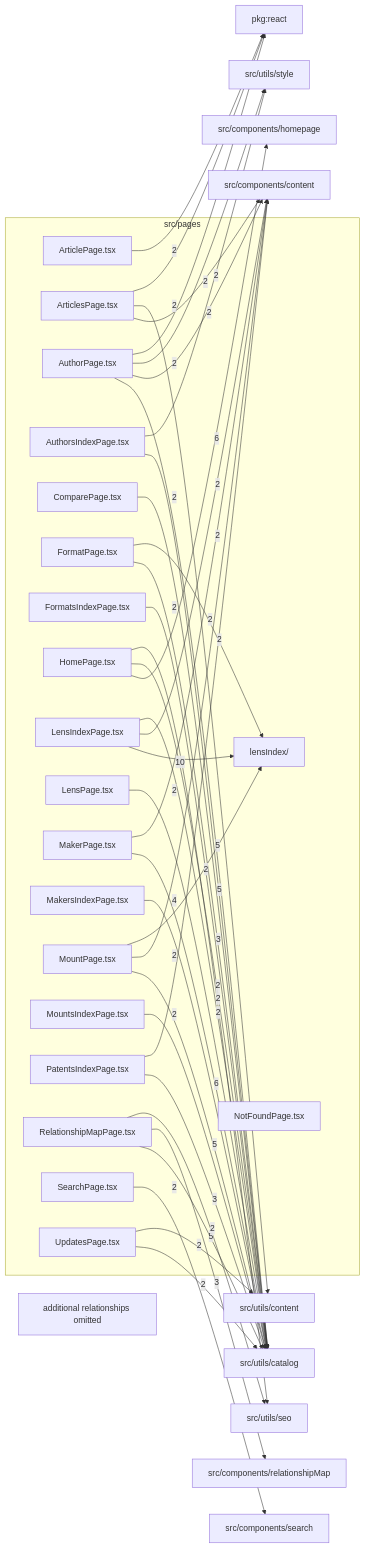
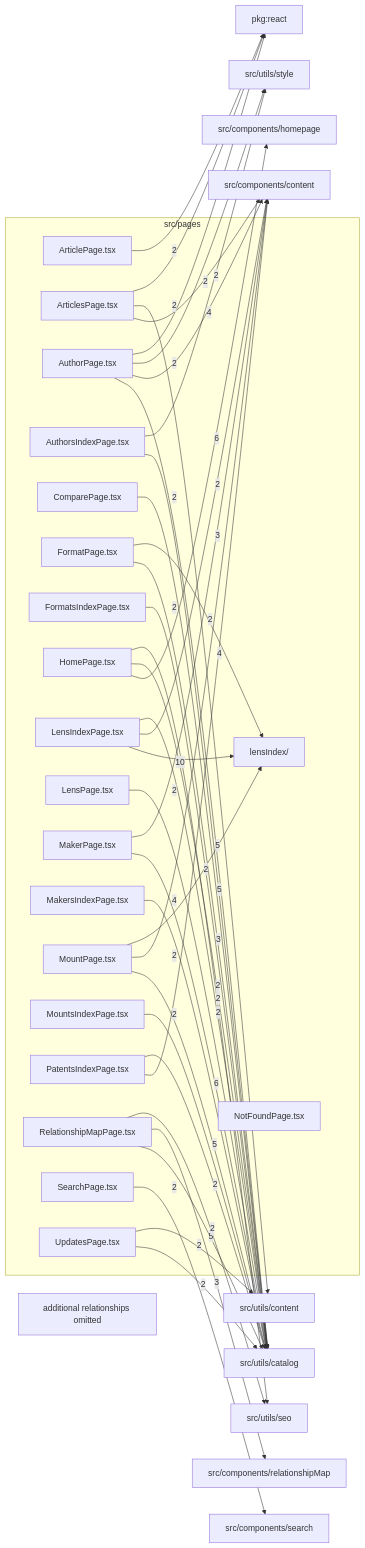
One commit to ronbuening/LensVisualizer changed the diagram in src/pages/readme.md. Above: the diagram before and after it, drawn with Mermaid. The commit also changed other lines of this file and 15 other files, not shown here.

````diff
--- a/src/pages/readme.md
+++ b/src/pages/readme.md
@@ -9,71 +9,71 @@
 ```mermaid
 flowchart LR
   subgraph n_src_pages["src/pages"]
     n_src_pages_src_pages_lensIndex["lensIndex/"]
     n_src_pages_src_pages_ArticlePage_tsx["ArticlePage.tsx"]
     n_src_pages_src_pages_ArticlesPage_tsx["ArticlesPage.tsx"]
     n_src_pages_src_pages_AuthorPage_tsx["AuthorPage.tsx"]
     n_src_pages_src_pages_AuthorsIndexPage_tsx["AuthorsIndexPage.tsx"]
     n_src_pages_src_pages_ComparePage_tsx["ComparePage.tsx"]
     n_src_pages_src_pages_FormatPage_tsx["FormatPage.tsx"]
     n_src_pages_src_pages_FormatsIndexPage_tsx["FormatsIndexPage.tsx"]
     n_src_pages_src_pages_HomePage_tsx["HomePage.tsx"]
     n_src_pages_src_pages_LensIndexPage_tsx["LensIndexPage.tsx"]
     n_src_pages_src_pages_LensPage_tsx["LensPage.tsx"]
     n_src_pages_src_pages_MakerPage_tsx["MakerPage.tsx"]
     n_src_pages_src_pages_MakersIndexPage_tsx["MakersIndexPage.tsx"]
     n_src_pages_src_pages_MountPage_tsx["MountPage.tsx"]
     n_src_pages_src_pages_MountsIndexPage_tsx["MountsIndexPage.tsx"]
     n_src_pages_src_pages_NotFoundPage_tsx["NotFoundPage.tsx"]
     n_src_pages_src_pages_PatentsIndexPage_tsx["PatentsIndexPage.tsx"]
     n_src_pages_src_pages_RelationshipMapPage_tsx["RelationshipMapPage.tsx"]
     n_src_pages_src_pages_SearchPage_tsx["SearchPage.tsx"]
     n_src_pages_src_pages_UpdatesPage_tsx["UpdatesPage.tsx"]
   end
   n_external_src_components_homepage["src/components/homepage"]
   n_external_src_utils_catalog["src/utils/catalog"]
+  n_external_src_components_content["src/components/content"]
   n_external_src_components_relationshipMap["src/components/relationshipMap"]
   n_external_pkg_react["pkg:react"]
-  n_external_src_components_content["src/components/content"]
   n_external_src_components_search["src/components/search"]
   n_external_src_utils_content["src/utils/content"]
   n_external_src_utils_seo["src/utils/seo"]
   n_external_src_utils_style["src/utils/style"]
   n_src_pages_src_pages_LensIndexPage_tsx --> |10| n_src_pages_src_pages_lensIndex
   n_src_pages_src_pages_HomePage_tsx --> |6| n_external_src_components_homepage
   n_src_pages_src_pages_MakerPage_tsx --> |6| n_external_src_utils_catalog
   n_src_pages_src_pages_AuthorPage_tsx --> |5| n_external_src_utils_catalog
   n_src_pages_src_pages_AuthorsIndexPage_tsx --> |5| n_external_src_utils_catalog
   n_src_pages_src_pages_MountPage_tsx --> |5| n_external_src_utils_catalog
   n_src_pages_src_pages_RelationshipMapPage_tsx --> |5| n_external_src_utils_catalog
+  n_src_pages_src_pages_AuthorPage_tsx --> |4| n_external_src_components_content
+  n_src_pages_src_pages_PatentsIndexPage_tsx --> |4| n_external_src_components_content
   n_src_pages_src_pages_MakersIndexPage_tsx --> |4| n_external_src_utils_catalog
+  n_src_pages_src_pages_MakerPage_tsx --> |3| n_external_src_components_content
   n_src_pages_src_pages_RelationshipMapPage_tsx --> |3| n_external_src_components_relationshipMap
   n_src_pages_src_pages_FormatPage_tsx --> |3| n_external_src_utils_catalog
-  n_src_pages_src_pages_PatentsIndexPage_tsx --> |3| n_external_src_utils_catalog
   n_src_pages_src_pages_ArticlePage_tsx --> |2| n_external_pkg_react
   n_src_pages_src_pages_ArticlesPage_tsx --> |2| n_external_src_components_content
-  n_src_pages_src_pages_AuthorPage_tsx --> |2| n_external_src_components_content
   n_src_pages_src_pages_LensIndexPage_tsx --> |2| n_external_src_components_content
-  n_src_pages_src_pages_MakerPage_tsx --> |2| n_external_src_components_content
   n_src_pages_src_pages_MountPage_tsx --> |2| n_external_src_components_content
-  n_src_pages_src_pages_PatentsIndexPage_tsx --> |2| n_external_src_components_content
   n_src_pages_src_pages_SearchPage_tsx --> |2| n_external_src_components_search
   n_src_pages_src_pages_ComparePage_tsx --> |2| n_external_src_utils_catalog
   n_src_pages_src_pages_FormatsIndexPage_tsx --> |2| n_external_src_utils_catalog
   n_src_pages_src_pages_HomePage_tsx --> |2| n_external_src_utils_catalog
   n_src_pages_src_pages_LensIndexPage_tsx --> |2| n_external_src_utils_catalog
   n_src_pages_src_pages_LensPage_tsx --> |2| n_external_src_utils_catalog
   n_src_pages_src_pages_MountsIndexPage_tsx --> |2| n_external_src_utils_catalog
+  n_src_pages_src_pages_PatentsIndexPage_tsx --> |2| n_external_src_utils_catalog
   n_src_pages_src_pages_UpdatesPage_tsx --> |2| n_external_src_utils_catalog
   n_src_pages_src_pages_ArticlesPage_tsx --> |2| n_external_src_utils_content
   n_src_pages_src_pages_UpdatesPage_tsx --> |2| n_external_src_utils_content
   n_src_pages_src_pages_HomePage_tsx --> |2| n_external_src_utils_seo
   n_src_pages_src_pages_RelationshipMapPage_tsx --> |2| n_external_src_utils_seo
   n_src_pages_src_pages_AuthorPage_tsx --> |2| n_external_src_utils_style
   n_src_pages_src_pages_AuthorsIndexPage_tsx --> |2| n_external_src_utils_style
   n_src_pages_src_pages_FormatPage_tsx --> |2| n_src_pages_src_pages_lensIndex
   n_src_pages_src_pages_MountPage_tsx --> |2| n_src_pages_src_pages_lensIndex
   n_src_pages_src_pages_ArticlesPage_tsx --> n_external_pkg_react
   n_src_pages_src_pages_AuthorPage_tsx --> n_external_pkg_react
   n_src_pages_truncated["additional relationships omitted"]
 ```
````
